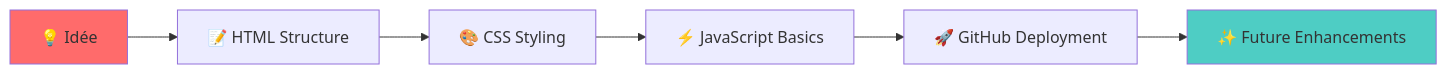
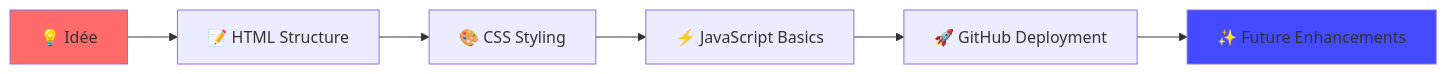
Before and after one commit to Hichaminventor10/MonPortfolio_loading...-still-empty-: the diagram in README.md, drawn with Mermaid. The commit also changed other lines of this file, not shown here.

````diff
--- a/README.md
+++ b/README.md
@@ -98,11 +84,11 @@
 ```mermaid
 graph LR
     A[💡 Idée] --> B[📝 HTML Structure]
     B --> C[🎨 CSS Styling]
     C --> D[⚡ JavaScript Basics]
     D --> E[🚀 GitHub Deployment]
     E --> F[✨ Future Enhancements]
     
     style A fill:#FF6B6B
-    style F fill:#4ECDC4
+    style F fill:#434AFF
 ```
````
